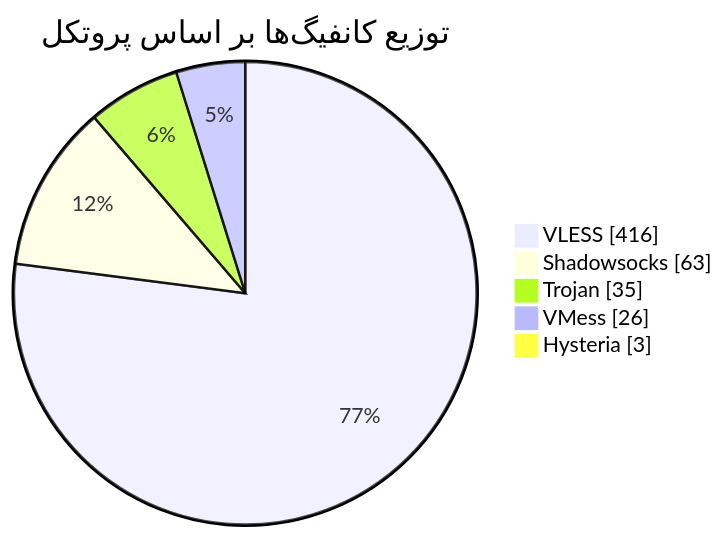
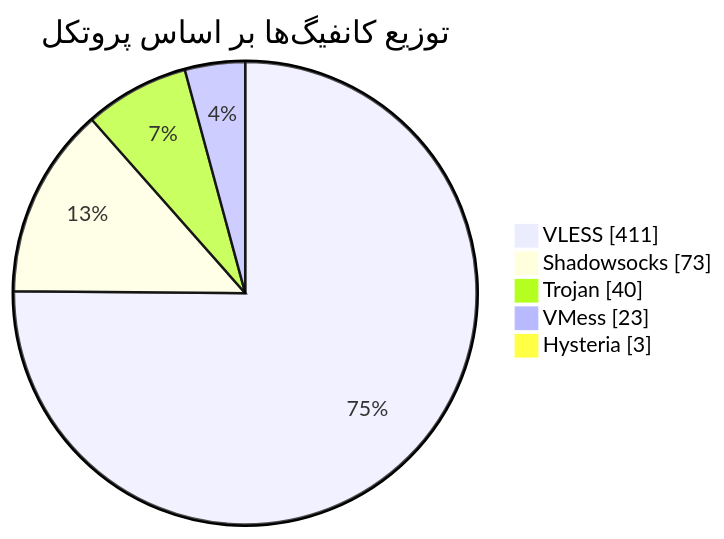
The diagram in README.md (Arian-Alijani/Somthing), drawn with Mermaid before and after one commit. The commit also changed other lines of this file and 87 other files, not shown here.

````diff
--- a/README.md
+++ b/README.md
@@ -47,9 +47,9 @@
 ```mermaid
 pie showData
     title توزیع کانفیگ‌ها بر اساس پروتکل
-    "VLESS" : 416
-    "Shadowsocks" : 63
-    "Trojan" : 35
-    "VMess" : 26
+    "VLESS" : 411
+    "Shadowsocks" : 73
+    "Trojan" : 40
+    "VMess" : 23
     "Hysteria" : 3
 ```
````
